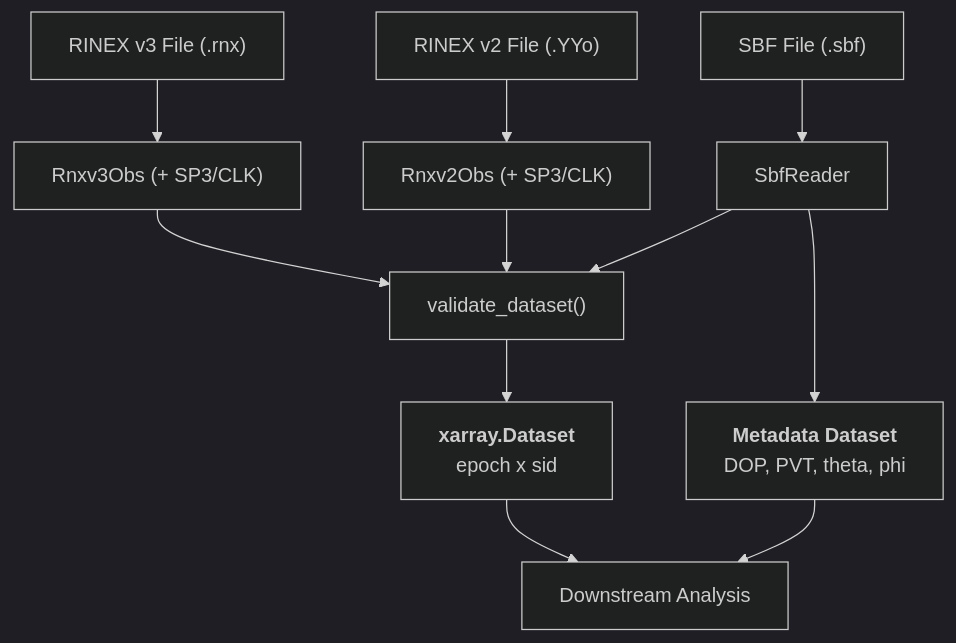
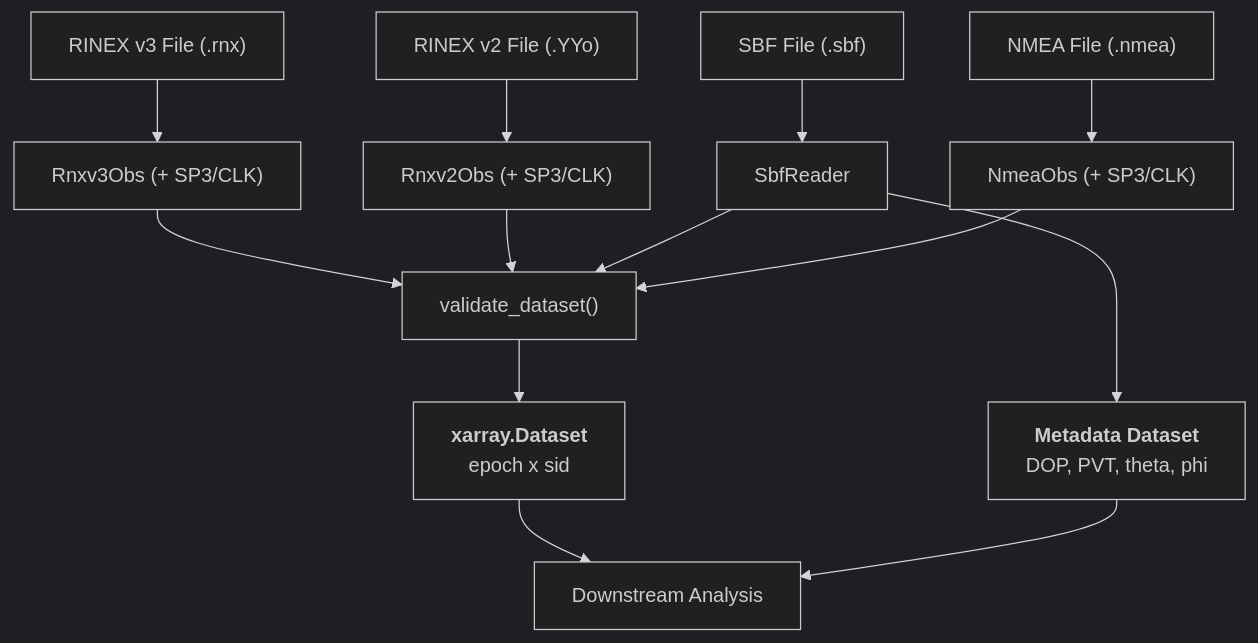
Before and after one commit to nfb2021/canvodpy: the diagram in docs/packages/readers/overview.md, drawn with Mermaid (dark theme). The commit also changed other lines of this file and 10 other files, not shown here.

````diff
--- a/docs/packages/readers/overview.md
+++ b/docs/packages/readers/overview.md
@@ -93,15 +96,17 @@
 ```mermaid
 graph TD
     A1["RINEX v3 File (.rnx)"] --> B1["Rnxv3Obs (+ SP3/CLK)"]
     A2["SBF File (.sbf)"] --> B2["SbfReader"]
     A3["RINEX v2 File (.YYo)"] --> B3["Rnxv2Obs (+ SP3/CLK)"]
+    A4["NMEA File (.nmea)"] --> B4["NmeaObs (+ SP3/CLK)"]
     B1 --> C["validate_dataset()"]
     B3 --> C
     B2 --> C
+    B4 --> C
     C --> D["`**xarray.Dataset**
     epoch x sid`"]
     B2 --> E["`**Metadata Dataset**
     DOP, PVT, theta, phi`"]
     D --> F["Downstream Analysis"]
     E --> F
 ```
````
